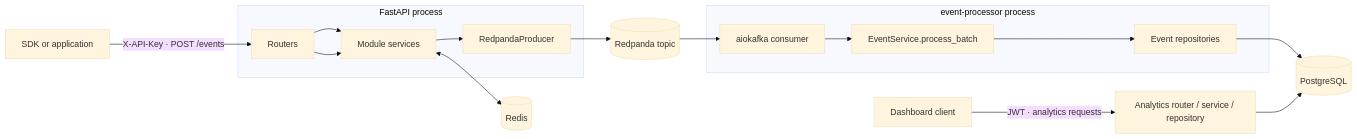
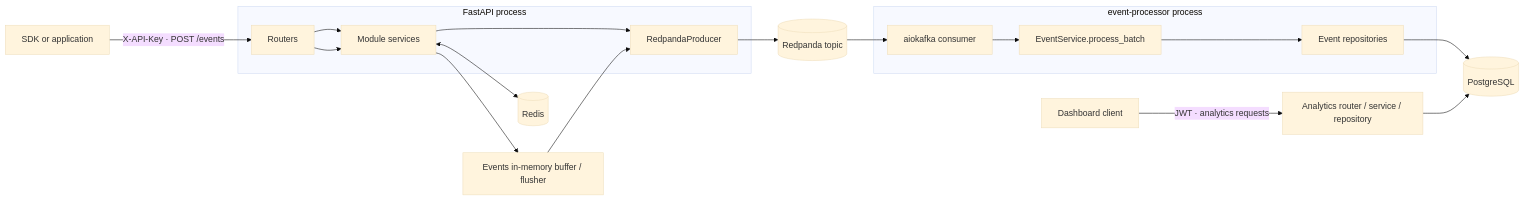
The first of 2 diagrams in backend/README.md (Shubhtistic/Vortex), drawn with Mermaid (base theme) before and after one commit. The commit also changed other lines of this file and 19 other files, not shown here.

````diff
--- a/backend/README.md
+++ b/backend/README.md
@@ -11,31 +11,34 @@
 ```mermaid
 flowchart LR
     Client["SDK or application"]
     subgraph APIProcess["FastAPI process"]
         Routes["Routers"]
         Services["Module services"]
         Producer["RedpandaProducer"]
         Routes --> Services
         Services --> Producer
     end
     subgraph WorkerProcess["event-processor process"]
         Consumer["aiokafka consumer"]
         Batch["EventService.process_batch"]
         Repos["Event repositories"]
         Consumer --> Batch --> Repos
     end
     Broker[("Redpanda topic")]
     Postgres[("PostgreSQL")]
     Cache[("Redis")]
+    Buffer["Events in-memory buffer / flusher"]
     ReadAPI["Analytics router / service / repository"]
     Dashboard["Dashboard client"]
 
     Client -->|"X-API-Key · POST /events"| Routes
     Routes --> Services
+    Services --> Buffer
+    Buffer --> Producer
     Producer --> Broker
     Broker --> Consumer
     Repos --> Postgres
     ReadAPI --> Postgres
     Dashboard -->|"JWT · analytics requests"| ReadAPI
     Services <--> Cache
 ```
````
